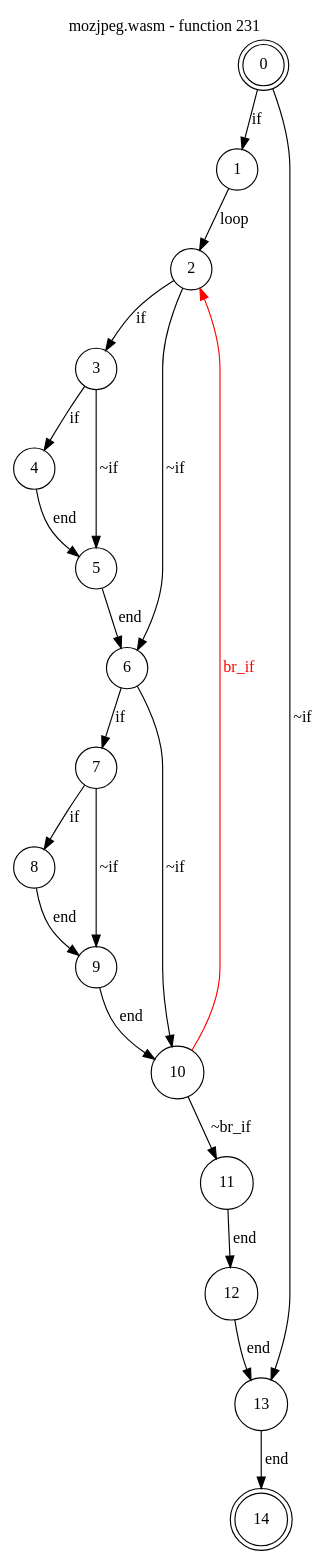
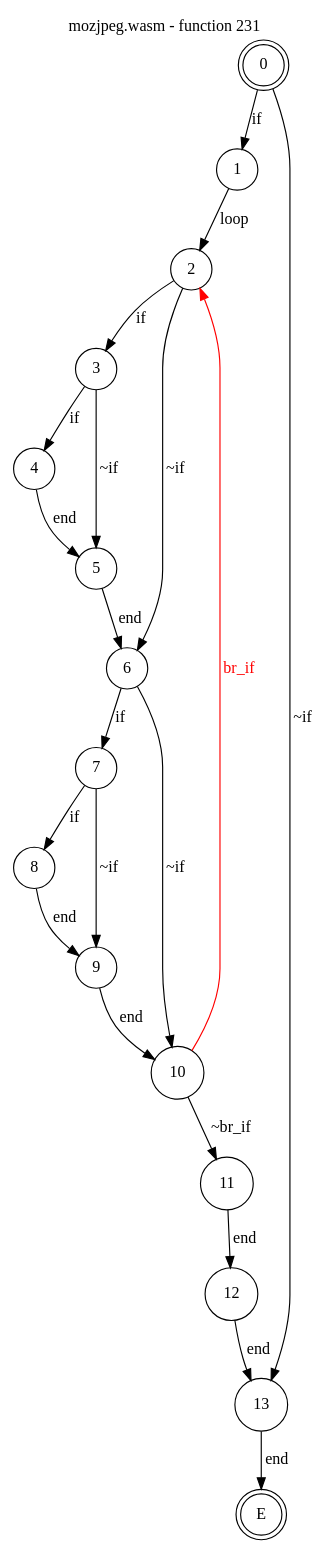
Before and after one commit to jsCarleton/wanalyze: the diagram in test_cases/mozjpeg/funcs/mozjpeg-func231.dot, drawn with Graphviz. The commit also changed 516 other files, not shown here.

```diff
--- a/test_cases/mozjpeg/funcs/mozjpeg-func231.dot
+++ b/test_cases/mozjpeg/funcs/mozjpeg-func231.dot
@@ -1,29 +1,29 @@
 digraph finite_state_machine {
     label = "mozjpeg.wasm - function 231"
     labelloc =  t
     labelfontsize = 16
     labelfontcolor = black
     labelfontname = "Helvetica"
-    node [shape = doublecircle]; 0 14;
+    node [shape = doublecircle]; 0 E ;
     node [shape = circle];
     0 -> 1[label="if"];
     0 -> 13[label="~if"];
     1 -> 2[label="loop"];
     2 -> 3[label="if"];
     2 -> 6[label="~if"];
     3 -> 4[label="if"];
     3 -> 5[label="~if"];
     4 -> 5[label="end"];
     5 -> 6[label="end"];
     6 -> 7[label="if"];
     6 -> 10[label="~if"];
     7 -> 8[label="if"];
     7 -> 9[label="~if"];
     8 -> 9[label="end"];
     9 -> 10[label="end"];
     10 -> 11[label="~br_if"];
     10 -> 2[color="red" fontcolor="red" label="br_if"];
     11 -> 12[label="end"];
     12 -> 13[label="end"];
-    13 -> 14[label="end"];
+    13 -> E[label="end"];
 }
```
